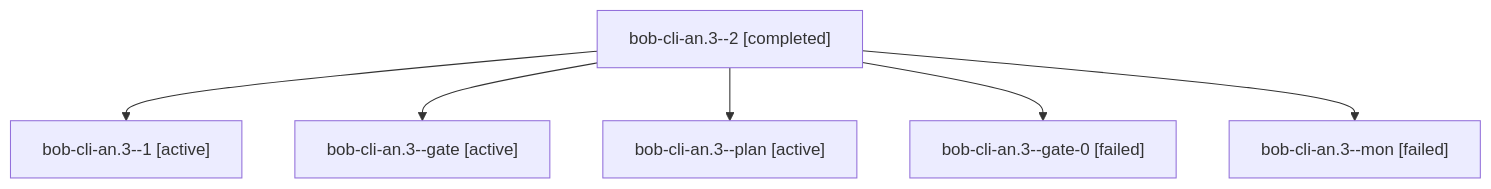
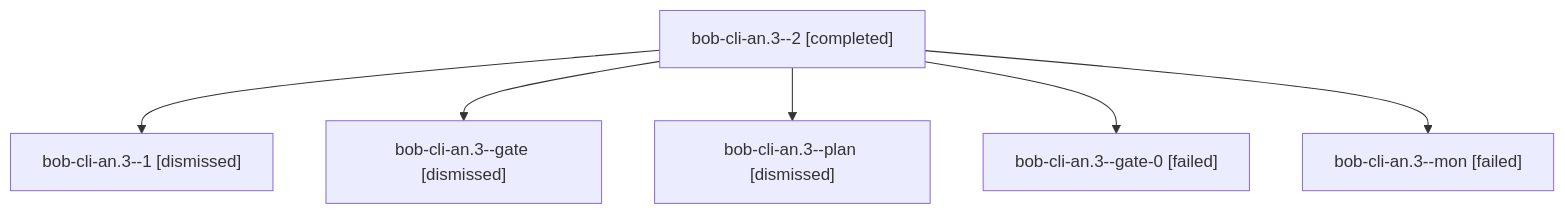
The diagram in sessions/bbugyi200.athena.bob-cli-an.3.md (bobs-org/bob-cli--agents), drawn with Mermaid before and after one commit. The commit also changed other lines of this file and 553 other files, not shown here.

````diff
--- a/sessions/bbugyi200.athena.bob-cli-an.3.md
+++ b/sessions/bbugyi200.athena.bob-cli-an.3.md
@@ -9,14 +9,14 @@
 ```mermaid
 flowchart TD
   n0["bob-cli-an.3--2 [completed]"]
-  n1["bob-cli-an.3--1 [active]"]
+  n1["bob-cli-an.3--1 [dismissed]"]
   n0 --> n1
-  n2["bob-cli-an.3--gate [active]"]
+  n2["bob-cli-an.3--gate [dismissed]"]
   n0 --> n2
-  n3["bob-cli-an.3--plan [active]"]
+  n3["bob-cli-an.3--plan [dismissed]"]
   n0 --> n3
   n4["bob-cli-an.3--gate-0 [failed]"]
   n0 --> n4
   n5["bob-cli-an.3--mon [failed]"]
   n0 --> n5
 ```
````
